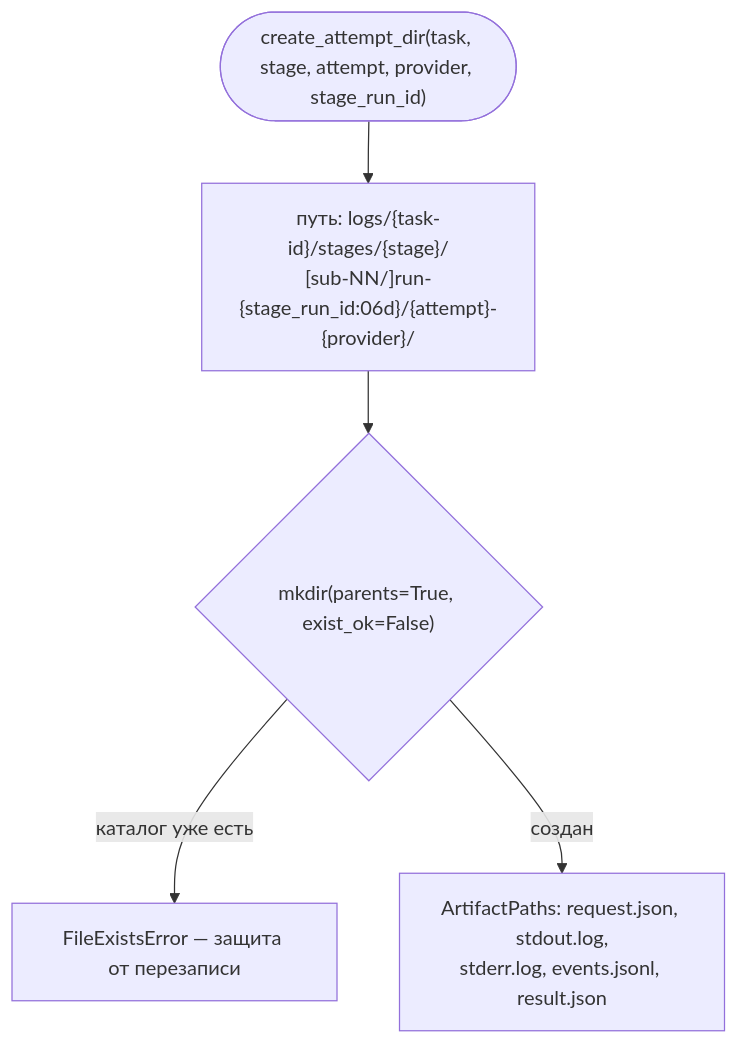
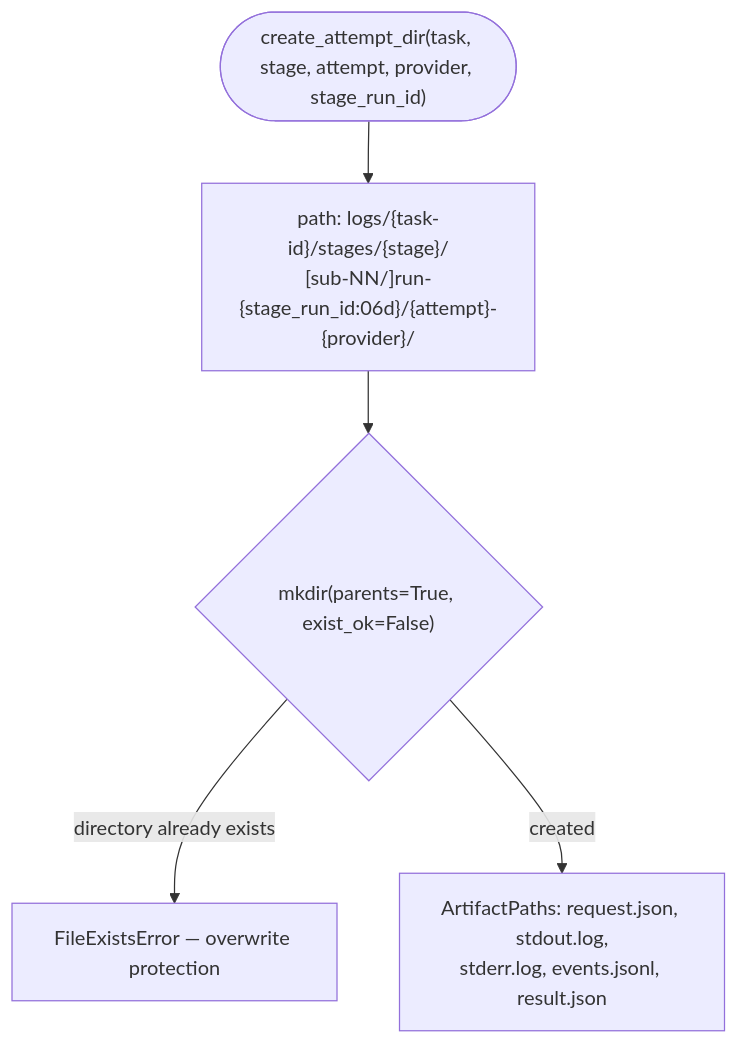
One commit to VladimirMakarevich/wastech-orchestrator changed the diagram in docs/functional/blocks/B20-artifact-layout.md. Above: the diagram before and after it, drawn with Mermaid. The commit also changed other lines of this file and 41 other files, not shown here.

Commit message:
docs: translate system flows documentation from Russian to English, ensuring clarity and consistency in terminology. Update sequence diagrams and flowcharts to reflect the changes in language. Maintain the structure and references to blocks for ease of navigation.

````diff
--- a/docs/functional/blocks/B20-artifact-layout.md
+++ b/docs/functional/blocks/B20-artifact-layout.md
@@ -48,7 +48,7 @@
 ```mermaid
 flowchart TB
-    start(["create_attempt_dir(task, stage, attempt, provider, stage_run_id)"]) --> path["путь: logs/{task-id}/stages/{stage}/<br/>[sub-NN/]run-{stage_run_id:06d}/{attempt}-{provider}/"]
+    start(["create_attempt_dir(task, stage, attempt, provider, stage_run_id)"]) --> path["path: logs/{task-id}/stages/{stage}/<br/>[sub-NN/]run-{stage_run_id:06d}/{attempt}-{provider}/"]
     path --> mk{"mkdir(parents=True, exist_ok=False)"}
-    mk -->|"каталог уже есть"| err["FileExistsError — защита от перезаписи"]
-    mk -->|"создан"| ap["ArtifactPaths: request.json, stdout.log,<br/>stderr.log, events.jsonl, result.json"]
+    mk -->|"directory already exists"| err["FileExistsError — overwrite protection"]
+    mk -->|"created"| ap["ArtifactPaths: request.json, stdout.log,<br/>stderr.log, events.jsonl, result.json"]
 ```
````
